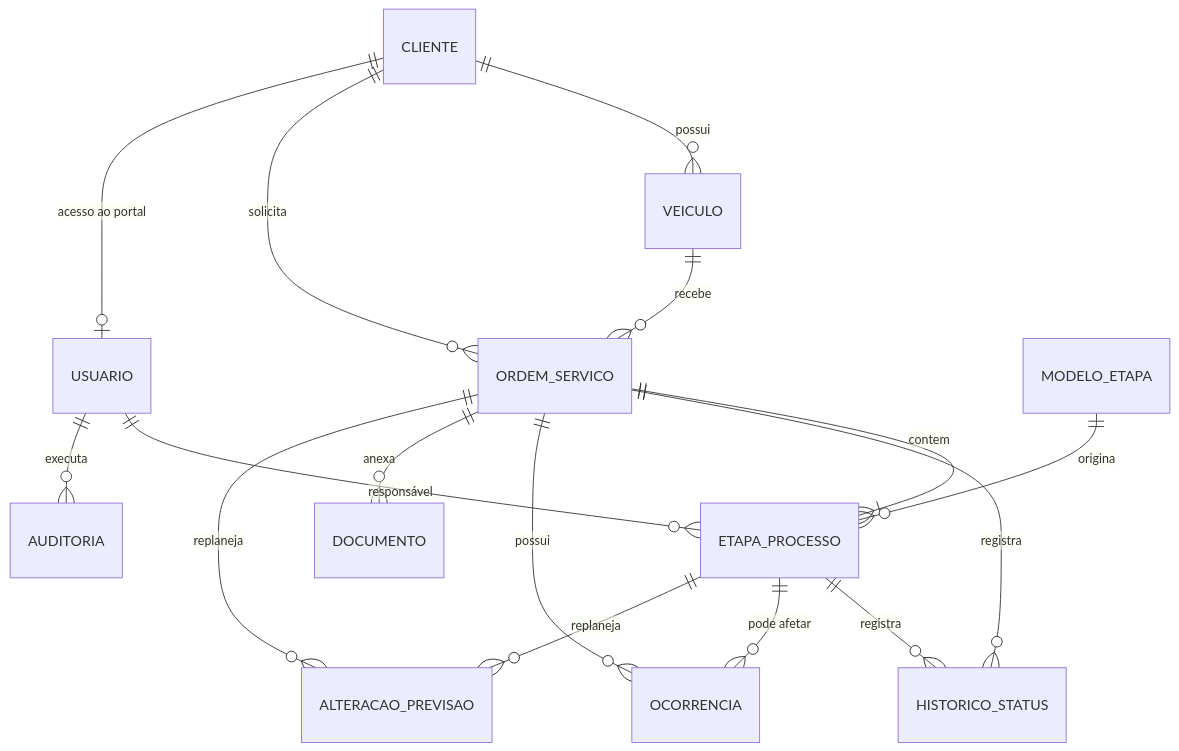
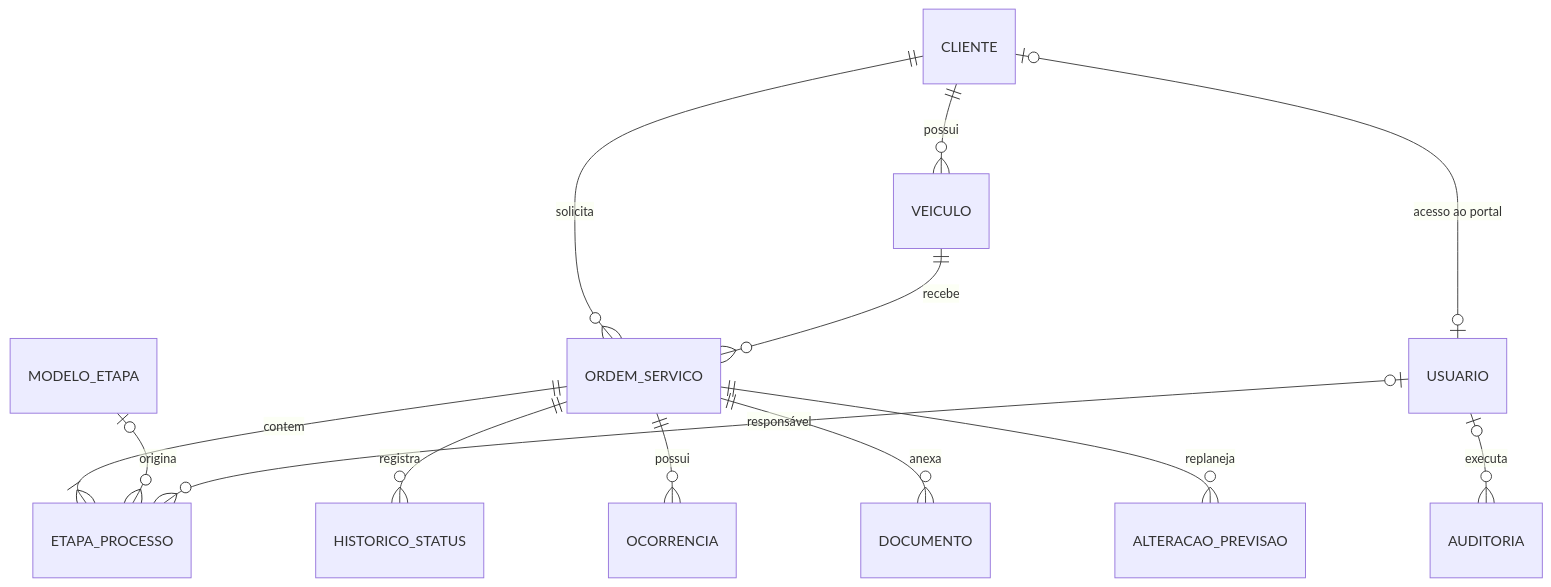
The third of 3 diagrams in arquitetura.md (arthurtrawi/Blindtrack), drawn with Mermaid before and after one commit. The commit also changed other lines of this file and 10 other files, not shown here.

Commit message:
docs: documentacao final, casos de uso, diagramas e evidencias (fase 6)

````diff
--- a/arquitetura.md
+++ b/arquitetura.md
@@ -257,18 +283,15 @@
 ```mermaid
 erDiagram
     CLIENTE ||--o{ VEICULO : possui
     CLIENTE ||--o{ ORDEM_SERVICO : solicita
-    CLIENTE ||--o| USUARIO : "acesso ao portal"
+    CLIENTE |o--o| USUARIO : "acesso ao portal"
     VEICULO ||--o{ ORDEM_SERVICO : recebe
     ORDEM_SERVICO ||--|{ ETAPA_PROCESSO : contem
-    MODELO_ETAPA ||--o{ ETAPA_PROCESSO : origina
-    USUARIO ||--o{ ETAPA_PROCESSO : "responsável"
+    MODELO_ETAPA |o--o{ ETAPA_PROCESSO : origina
+    USUARIO |o--o{ ETAPA_PROCESSO : "responsável"
     ORDEM_SERVICO ||--o{ HISTORICO_STATUS : registra
-    ETAPA_PROCESSO ||--o{ HISTORICO_STATUS : registra
     ORDEM_SERVICO ||--o{ OCORRENCIA : possui
-    ETAPA_PROCESSO ||--o{ OCORRENCIA : "pode afetar"
     ORDEM_SERVICO ||--o{ DOCUMENTO : anexa
     ORDEM_SERVICO ||--o{ ALTERACAO_PREVISAO : replaneja
-    ETAPA_PROCESSO ||--o{ ALTERACAO_PREVISAO : replaneja
-    USUARIO ||--o{ AUDITORIA : executa
+    USUARIO |o--o{ AUDITORIA : executa
 ```
````
